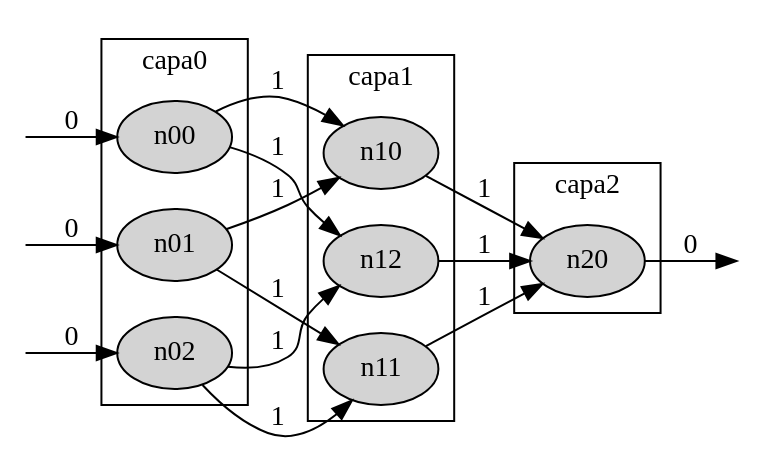
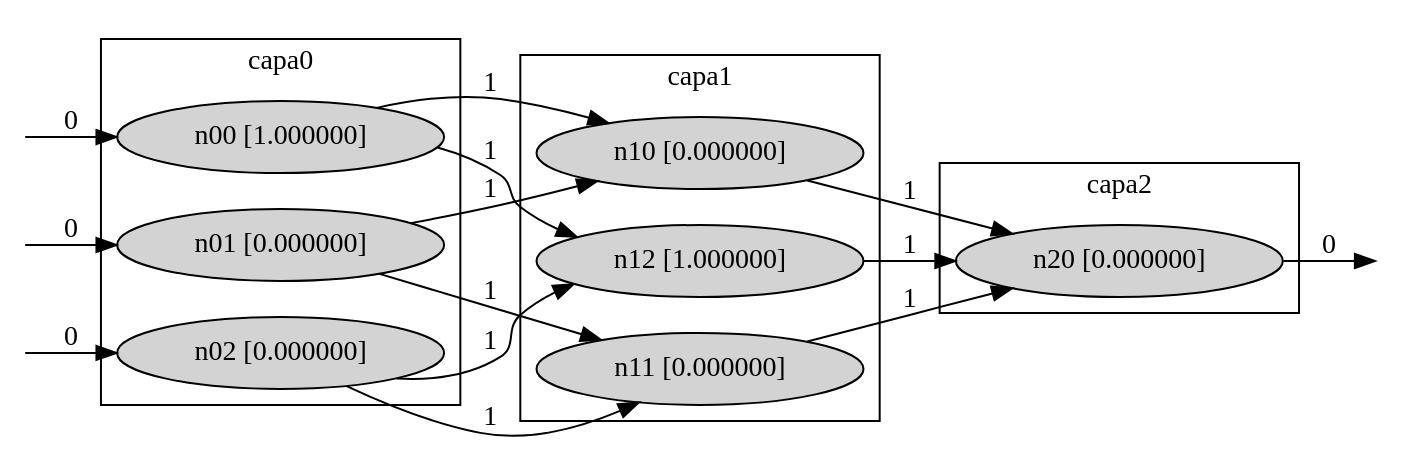
Before and after one commit to solanav/neuro: the diagram in test.dot, drawn with Graphviz. The commit also changed 13 other files, not shown here.

```diff
--- a/test.dot
+++ b/test.dot
@@ -1,39 +1,39 @@
 digraph graphname {
 	rankdir="LR";
 	subgraph cluster_0 {
 		node [style=filled];
-		"n00";
-		"n01";
-		"n02";
+		"n00 [1.000000]";
+		"n01 [0.000000]";
+		"n02 [0.000000]";
 		label = "capa0";
 	}
 	subgraph cluster_1 {
 		node [style=filled];
-		"n10";
-		"n11";
-		"n12";
+		"n10 [0.000000]";
+		"n11 [0.000000]";
+		"n12 [1.000000]";
 		label = "capa1";
 	}
 	subgraph cluster_2 {
 		node [style=filled];
-		"n20";
+		"n20 [0.000000]";
 		label = "capa2";
 	}
-	"void_n00" [style=invis,fixedsize=true,width=0];
-	"void_n00" -> "n00" [label=0];
-	"n00" -> "n10" [label=1];
-	"n00" -> "n12" [label=1];
-	"void_n01" [style=invis,fixedsize=true,width=0];
-	"void_n01" -> "n01" [label=0];
-	"n01" -> "n10" [label=1];
-	"n01" -> "n11" [label=1];
-	"void_n02" [style=invis,fixedsize=true,width=0];
-	"void_n02" -> "n02" [label=0];
-	"n02" -> "n11" [label=1];
-	"n02" -> "n12" [label=1];
-	"n10" -> "n20" [label=1];
-	"n11" -> "n20" [label=1];
-	"n12" -> "n20" [label=1];
-	"void_n20" [style=invis,fixedsize=true,width=0];
-		"n20" -> "void_n20" [label=0];
+	"void_n00 [1.000000]" [style=invis,fixedsize=true,width=0];
+	"void_n00 [1.000000]" -> "n00 [1.000000]" [label=0];
+	"n00 [1.000000]" -> "n10 [0.000000]" [label=1];
+	"n00 [1.000000]" -> "n12 [1.000000]" [label=1];
+	"void_n01 [0.000000]" [style=invis,fixedsize=true,width=0];
+	"void_n01 [0.000000]" -> "n01 [0.000000]" [label=0];
+	"n01 [0.000000]" -> "n10 [0.000000]" [label=1];
+	"n01 [0.000000]" -> "n11 [0.000000]" [label=1];
+	"void_n02 [0.000000]" [style=invis,fixedsize=true,width=0];
+	"void_n02 [0.000000]" -> "n02 [0.000000]" [label=0];
+	"n02 [0.000000]" -> "n11 [0.000000]" [label=1];
+	"n02 [0.000000]" -> "n12 [1.000000]" [label=1];
+	"n10 [0.000000]" -> "n20 [0.000000]" [label=1];
+	"n11 [0.000000]" -> "n20 [0.000000]" [label=1];
+	"n12 [1.000000]" -> "n20 [0.000000]" [label=1];
+	"void_n20 [0.000000]" [style=invis,fixedsize=true,width=0];
+		"n20 [0.000000]" -> "void_n20 [0.000000]" [label=0];
 }
```
